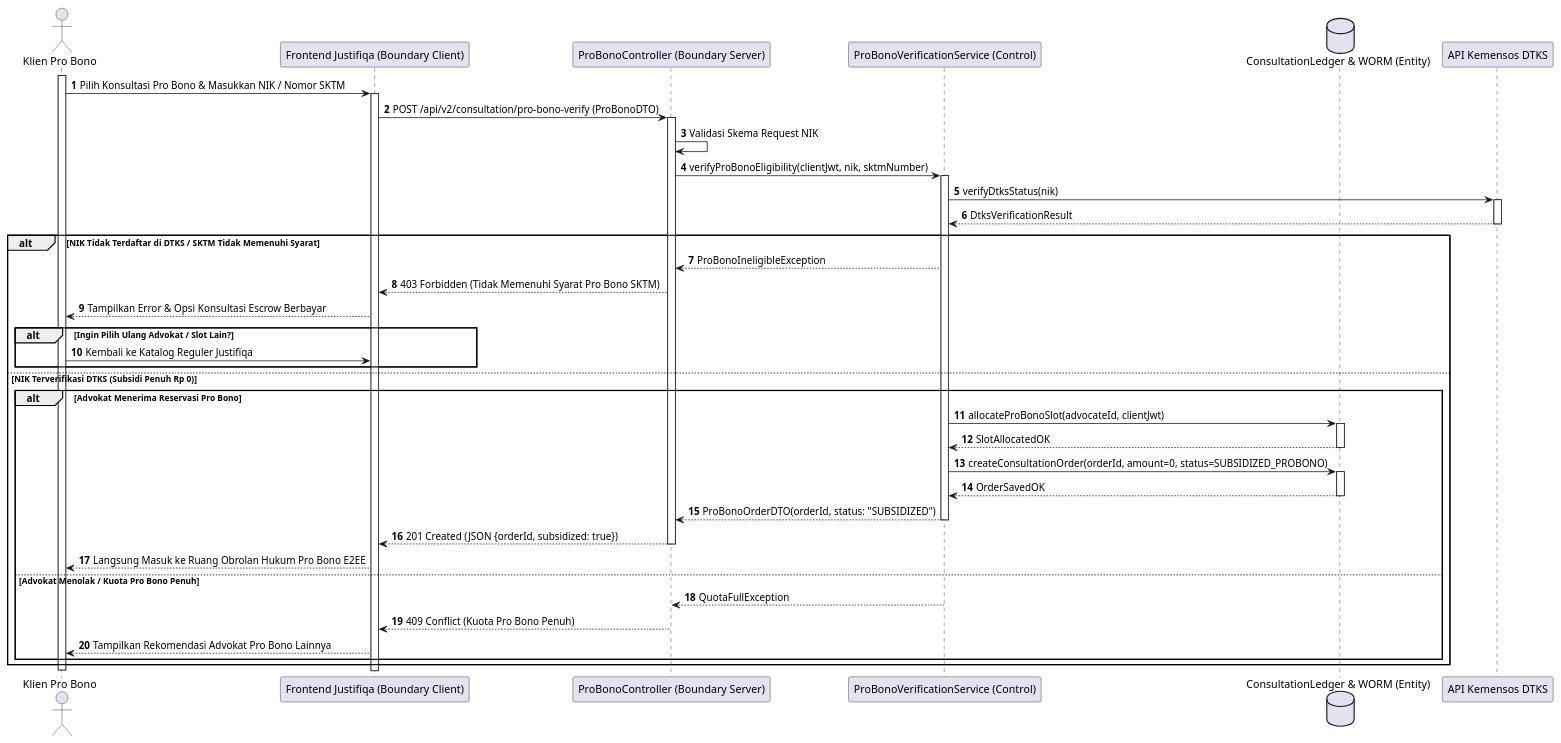
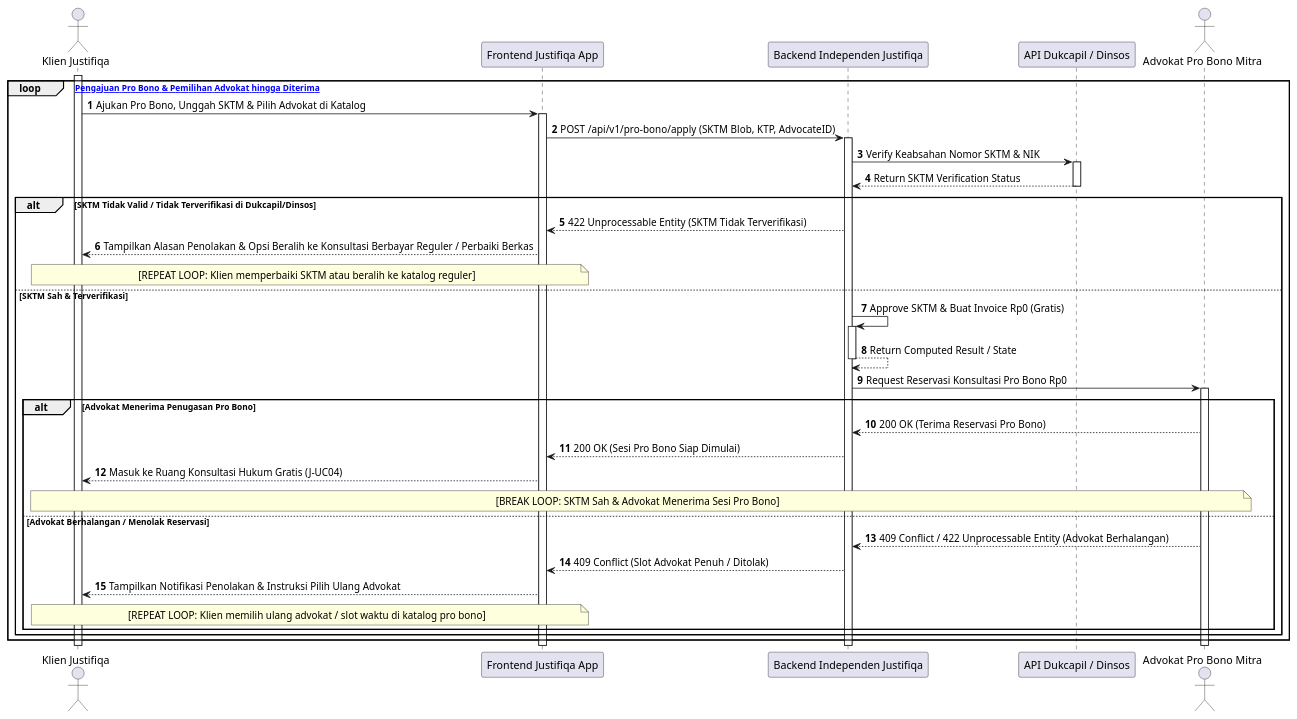
Before and after one commit to tupperwureism/SuperApp-Gagal: the seventh of 28 diagrams in MarkDown/plantuml_sequence_diagrams.md, drawn with PlantUML. The commit also changed other lines of this file and 3 other files, not shown here.

````diff
--- a/MarkDown/plantuml_sequence_diagrams.md
+++ b/MarkDown/plantuml_sequence_diagrams.md
@@ -476,43 +645,44 @@
 ```plantuml
 @startuml
 autonumber
-actor "Klien Pro Bono" as User
-participant "Frontend Justifiqa (Boundary Client)" as B_FE
-participant "ProBonoController (Boundary Server)" as B_BE
-participant "ProBonoVerificationService (Control)" as C_Svc
-database "ConsultationLedger & WORM (Entity)" as E_DB
-participant "API Kemensos DTKS" as Kemensos
+actor "Klien Justifiqa" as Klien
+participant "Frontend Justifiqa App" as FE
+participant "Backend Independen Justifiqa" as BE
+participant "API Dukcapil / Dinsos" as Ext
+actor "Advokat Pro Bono Mitra" as Mitra
 
-activate User
-User -> B_FE ++ : Pilih Konsultasi Pro Bono & Masukkan NIK / Nomor SKTM
-B_FE -> B_BE ++ : POST /api/v2/consultation/pro-bono-verify (ProBonoDTO)
-B_BE -> B_BE : Validasi Skema Request NIK
-B_BE -> C_Svc ++ : verifyProBonoEligibility(clientJwt, nik, sktmNumber)
-C_Svc -> Kemensos ++ : verifyDtksStatus(nik)
-Kemensos --> C_Svc -- : DtksVerificationResult
+activate Klien
+loop [Percobaan Pengajuan Pro Bono & Pemilihan Advokat hingga Diterima]
+    Klien -> FE ++ : Ajukan Pro Bono, Unggah SKTM & Pilih Advokat di Katalog
+    FE -> BE ++ : POST /api/v1/pro-bono/apply (SKTM Blob, KTP, AdvocateID)
+    BE -> Ext ++ : Verify Keabsahan Nomor SKTM & NIK
+    Ext --> BE -- : Return SKTM Verification Status
 
-alt NIK Tidak Terdaftar di DTKS / SKTM Tidak Memenuhi Syarat
-    C_Svc --> B_BE : ProBonoIneligibleException
-    B_BE --> B_FE : 403 Forbidden (Tidak Memenuhi Syarat Pro Bono SKTM)
-    B_FE --> User : Tampilkan Error & Opsi Konsultasi Escrow Berbayar
-    alt Ingin Pilih Ulang Advokat / Slot Lain?
-        User -> B_FE : Kembali ke Katalog Reguler Justifiqa
-    end
-else NIK Terverifikasi DTKS (Subsidi Penuh Rp 0)
-    alt Advokat Menerima Reservasi Pro Bono
-        C_Svc -> E_DB ++ : allocateProBonoSlot(advocateId, clientJwt)
-        E_DB --> C_Svc -- : SlotAllocatedOK
-        C_Svc -> E_DB ++ : createConsultationOrder(orderId, amount=0, status=SUBSIDIZED_PROBONO)
-        E_DB --> C_Svc -- : OrderSavedOK
-        C_Svc --> B_BE -- : ProBonoOrderDTO(orderId, status: "SUBSIDIZED")
-        B_BE --> B_FE -- : 201 Created (JSON {orderId, subsidized: true})
-        B_FE --> User : Langsung Masuk ke Ruang Obrolan Hukum Pro Bono E2EE
-    else Advokat Menolak / Kuota Pro Bono Penuh
-        C_Svc --> B_BE : QuotaFullException
-        B_BE --> B_FE : 409 Conflict (Kuota Pro Bono Penuh)
-        B_FE --> User : Tampilkan Rekomendasi Advokat Pro Bono Lainnya
+    alt SKTM Tidak Valid / Tidak Terverifikasi di Dukcapil/Dinsos
+        BE --> FE : 422 Unprocessable Entity (SKTM Tidak Terverifikasi)
+        FE --> Klien : Tampilkan Alasan Penolakan & Opsi Beralih ke Konsultasi Berbayar Reguler / Perbaiki Berkas
+        note over Klien, FE : [REPEAT LOOP: Klien memperbaiki SKTM atau beralih ke katalog reguler]
+    else SKTM Sah & Terverifikasi
+        BE -> BE ++ : Approve SKTM & Buat Invoice Rp0 (Gratis)
+        BE --> BE -- : Return Computed Result / State
+        BE -> Mitra ++ : Request Reservasi Konsultasi Pro Bono Rp0
+        
+        alt Advokat Menerima Penugasan Pro Bono
+            Mitra --> BE : 200 OK (Terima Reservasi Pro Bono)
+            BE --> FE : 200 OK (Sesi Pro Bono Siap Dimulai)
+            FE --> Klien : Masuk ke Ruang Konsultasi Hukum Gratis (J-UC04)
+            note over Klien, Mitra : [BREAK LOOP: SKTM Sah & Advokat Menerima Sesi Pro Bono]
+        else Advokat Berhalangan / Menolak Reservasi
+            Mitra --> BE : 409 Conflict / 422 Unprocessable Entity (Advokat Berhalangan)
+            BE --> FE : 409 Conflict (Slot Advokat Penuh / Ditolak)
+            FE --> Klien : Tampilkan Notifikasi Penolakan & Instruksi Pilih Ulang Advokat
+            note over Klien, FE : [REPEAT LOOP: Klien memilih ulang advokat / slot waktu di katalog pro bono]
+        end
     end
 end
-deactivate User
+deactivate BE
+deactivate FE
+deactivate Klien
+deactivate Mitra
 @enduml
 ```
````
